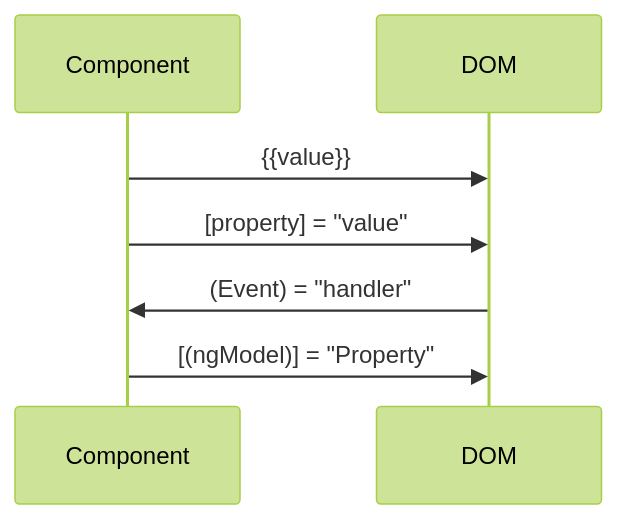
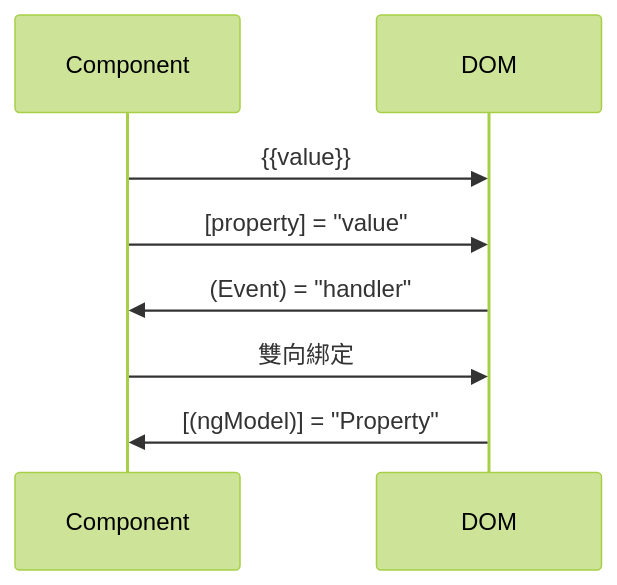
The diagram in docs/more/material.md (SeleneAi499123/my-medics-website), drawn with Mermaid (forest theme) before and after one commit. The commit also changed other lines of this file, not shown here.

````diff
--- a/docs/more/material.md
+++ b/docs/more/material.md
@@ -106,7 +106,8 @@
 ``` mermaid
 sequenceDiagram
     Component->>DOM: {{value}}
     Component->>DOM: [property] = "value"
     DOM->>Component: (Event) = "handler"
-    Component->>DOM: [(ngModel)] = "Property"
+    Component->>DOM: 雙向綁定
+    DOM->>Component: [(ngModel)] = "Property"
 ```
````
